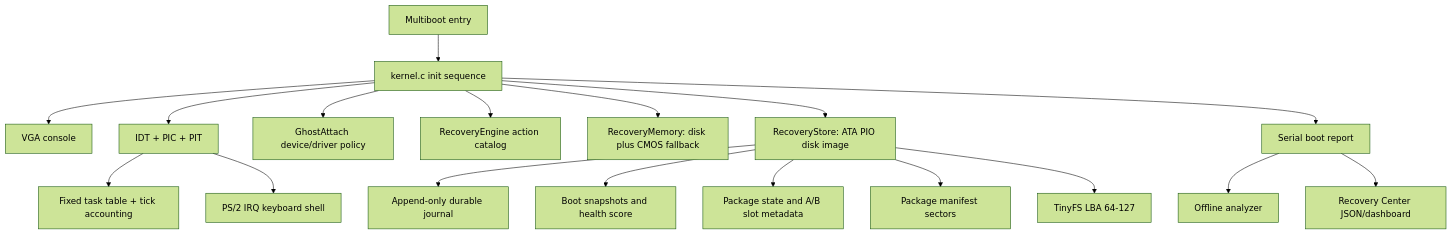
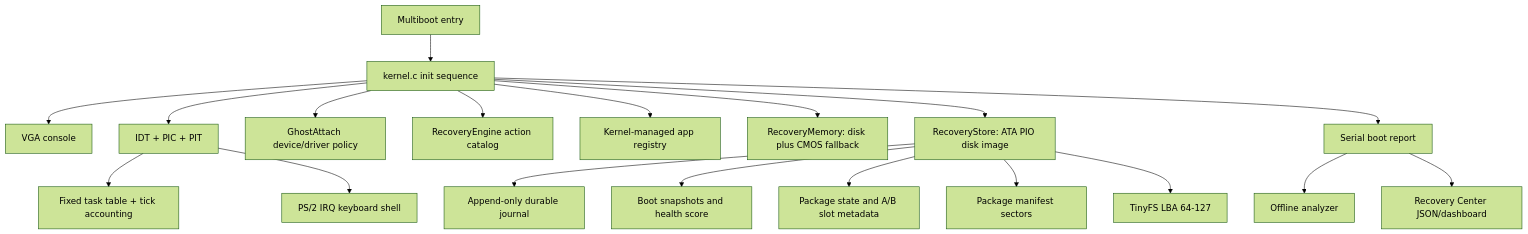
The diagram in docs/ARCHITECTURE.md (kaamikazi/kamikazeos), drawn with Mermaid (forest theme) before and after one commit. The commit also changed other lines of this file and 21 other files, not shown here.

````diff
--- a/docs/ARCHITECTURE.md
+++ b/docs/ARCHITECTURE.md
@@ -11,20 +11,21 @@
 ```mermaid
 flowchart TD
   Boot["Multiboot entry"] --> Kernel["kernel.c init sequence"]
   Kernel --> Console["VGA console"]
   Kernel --> Interrupts["IDT + PIC + PIT"]
   Interrupts --> Tasks["Fixed task table + tick accounting"]
   Interrupts --> Shell["PS/2 IRQ keyboard shell"]
   Kernel --> Ghost["GhostAttach device/driver policy"]
   Kernel --> Recovery["RecoveryEngine action catalog"]
+  Kernel --> Apps["Kernel-managed app registry"]
   Kernel --> Memory["RecoveryMemory: disk plus CMOS fallback"]
   Kernel --> Store["RecoveryStore: ATA PIO disk image"]
   Store --> Journal["Append-only durable journal"]
   Store --> Health["Boot snapshots and health score"]
   Store --> PkgState["Package state and A/B slot metadata"]
   Store --> Manifests["Package manifest sectors"]
   Store --> TinyFS["TinyFS LBA 64-127"]
   Kernel --> Report["Serial boot report"]
   Report --> Analyzer["Offline analyzer"]
   Report --> Dashboard["Recovery Center JSON/dashboard"]
 ```
````
